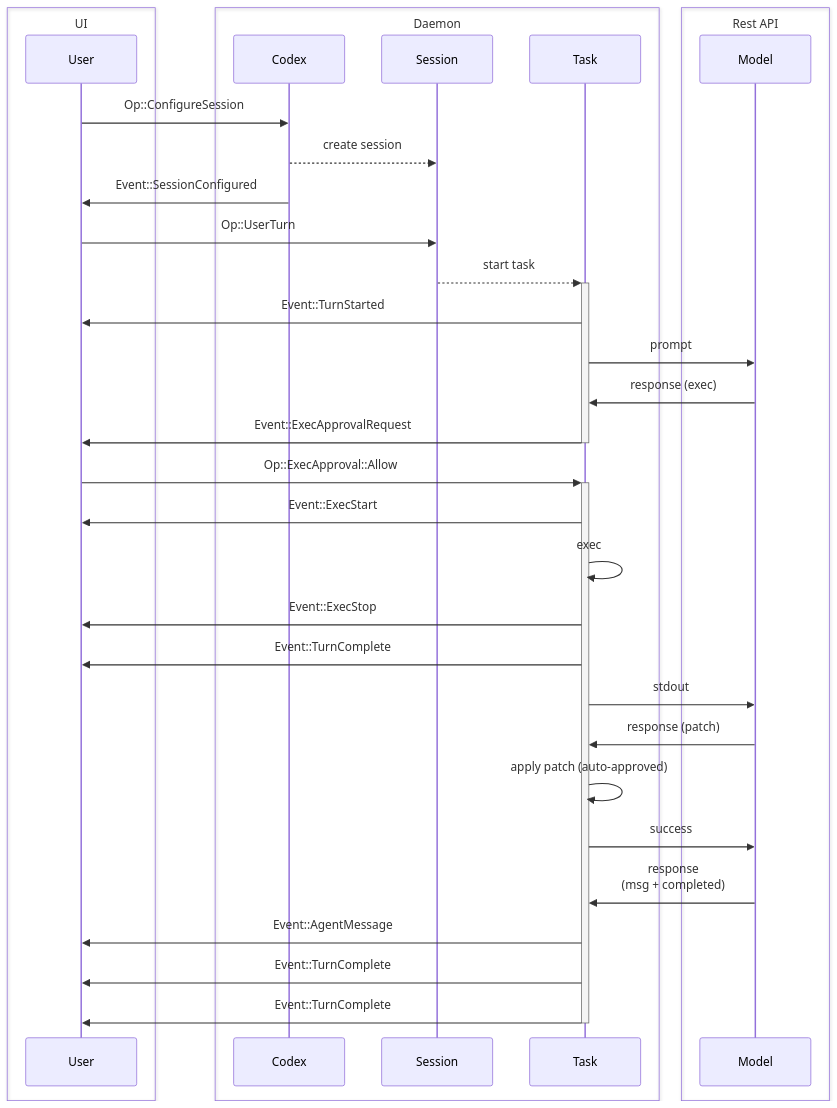
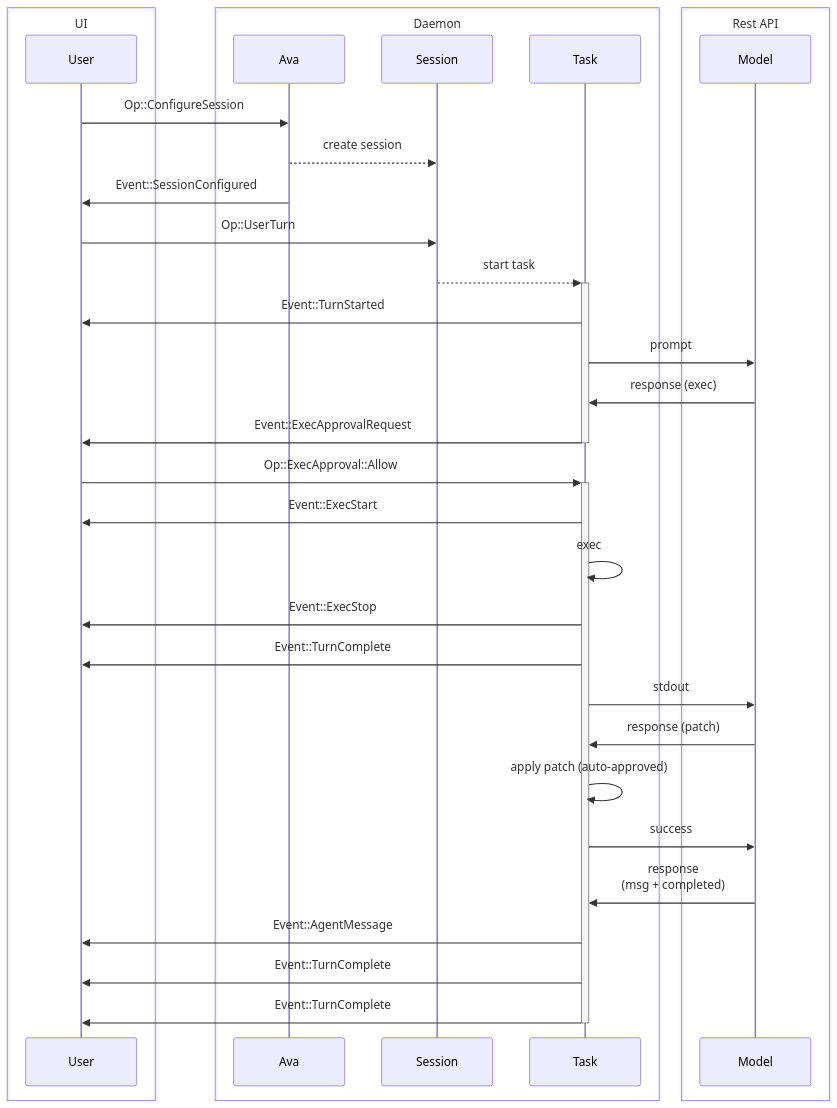
The first of 2 diagrams in ava-rs/docs/protocol_v1.md (themahmudhasanbd/ava-code-alpha), drawn with Mermaid before and after one commit. The commit also changed other lines of this file and 6118 other files, not shown here.

Commit message:
feat(core): strategic rename codex to ava across workspace (CODEX->AVA, Codex->Ava, codex->ava, .codex->.ava-code)

````diff
--- a/ava-rs/docs/protocol_v1.md
+++ b/ava-rs/docs/protocol_v1.md
@@ -113,36 +113,36 @@
 ```mermaid
 sequenceDiagram
     box UI
     participant user as User
     end
     box Daemon
-    participant codex as Codex
+    participant ava as Ava
     participant session as Session
     participant task as Task
     end
     box Rest API
     participant agent as Model
     end
-    user->>codex: Op::ConfigureSession
-    codex-->>session: create session
-    codex->>user: Event::SessionConfigured
+    user->>ava: Op::ConfigureSession
+    ava-->>session: create session
+    ava->>user: Event::SessionConfigured
     user->>session: Op::UserTurn
     session-->>+task: start task
     task->>user: Event::TurnStarted
     task->>agent: prompt
     agent->>task: response (exec)
     task->>-user: Event::ExecApprovalRequest
     user->>+task: Op::ExecApproval::Allow
     task->>user: Event::ExecStart
     task->>task: exec
     task->>user: Event::ExecStop
     task->>user: Event::TurnComplete
     task->>agent: stdout
     agent->>task: response (patch)
     task->>task: apply patch (auto-approved)
     task->>agent: success
     agent->>task: response<br/>(msg + completed)
     task->>user: Event::AgentMessage
     task->>user: Event::TurnComplete
     task->>-user: Event::TurnComplete
 ```
````
